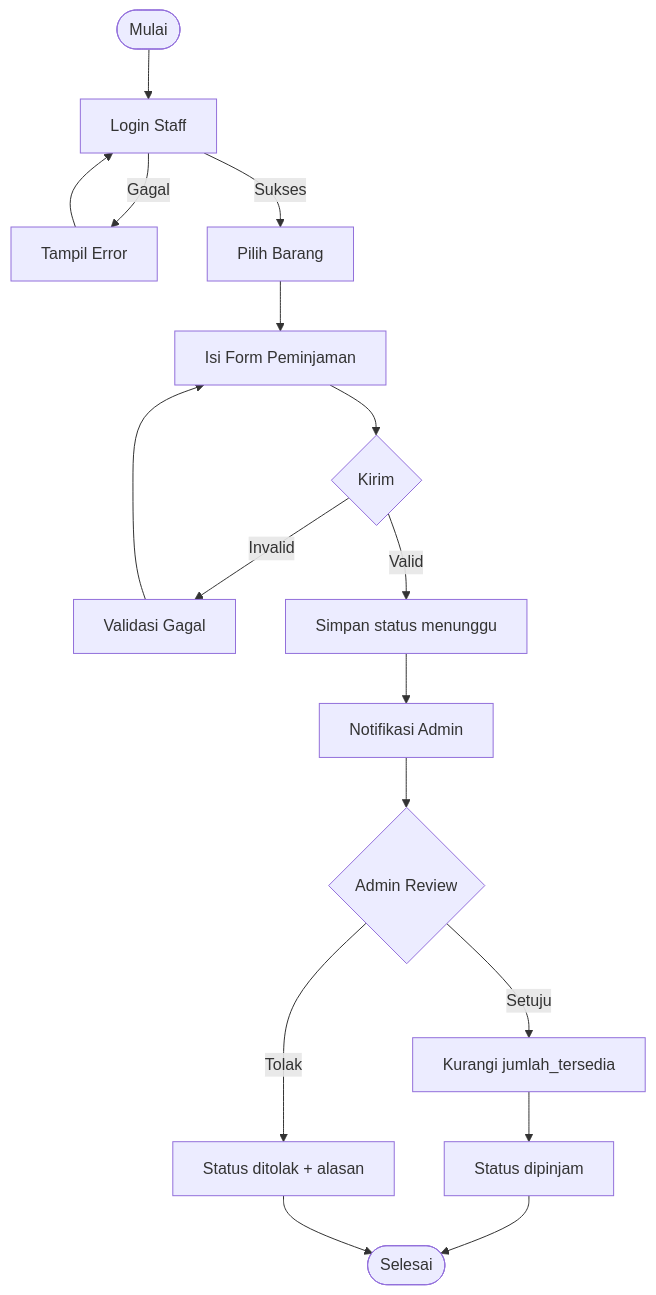
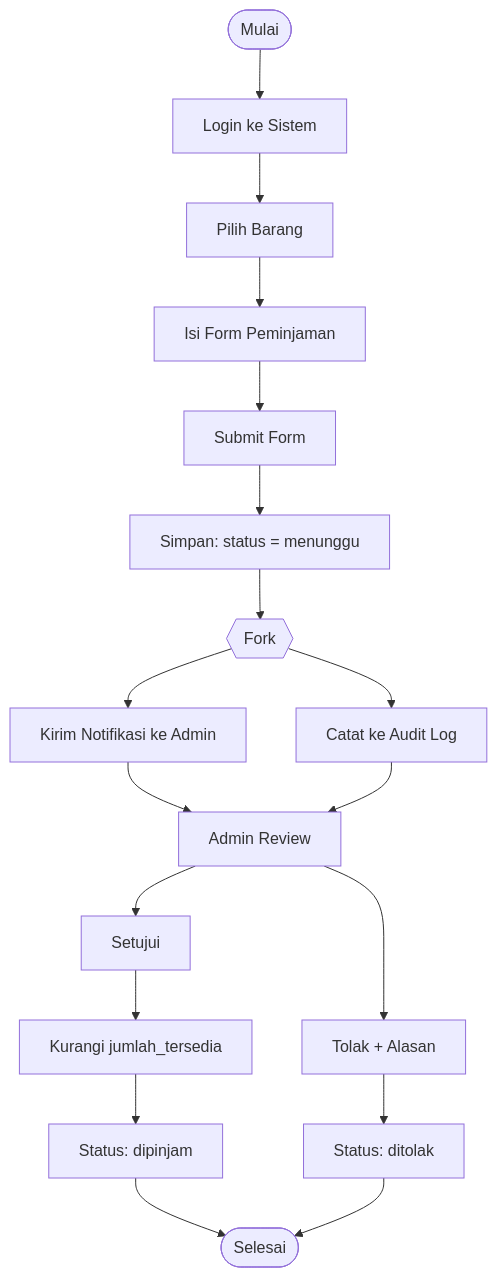
The third of 7 diagrams in docs/ERD_AND_DIAGRAMS.md (aikogansduniaakhirat/inventaris-barang), drawn with Mermaid before and after one commit. The commit also changed other lines of this file and 1 other file, not shown here.

````diff
--- a/docs/ERD_AND_DIAGRAMS.md
+++ b/docs/ERD_AND_DIAGRAMS.md
@@ -130,17 +161,20 @@
 ```mermaid
 flowchart TD
-    Start([Mulai]) --> Login[Login Staff]
-    Login -->|Gagal| LoginErr[Tampil Error] --> Login
-    Login -->|Sukses| PilihBarang[Pilih Barang]
+    Start([Mulai]) --> Login[Login ke Sistem]
+    Login --> PilihBarang[Pilih Barang]
     PilihBarang --> IsiForm[Isi Form Peminjaman]
-    IsiForm --> Submit{Kirim}
-    Submit -->|Invalid| FormErr[Validasi Gagal] --> IsiForm
-    Submit -->|Valid| Simpan[Simpan status menunggu]
-    Simpan --> NotifAdmin[Notifikasi Admin]
-    NotifAdmin --> Review{Admin Review}
-    Review -->|Tolak| StatusTolak[Status ditolak + alasan]
-    Review -->|Setuju| KurangiStok[Kurangi jumlah_tersedia]
-    KurangiStok --> StatusDipinjam[Status dipinjam]
+    IsiForm --> Kirim[Submit Form]
+    Kirim --> Simpan[Simpan: status = menunggu]
+    Simpan --> Fork{{Fork}}
+    Fork --> NotifAdmin[Kirim Notifikasi ke Admin]
+    Fork --> LogAudit[Catat ke Audit Log]
+    NotifAdmin --> Review[Admin Review]
+    LogAudit --> Review
+    Review --> Setuju[Setujui]
+    Review --> Tolak[Tolak + Alasan]
+    Setuju --> KurangiStok[Kurangi jumlah_tersedia]
+    KurangiStok --> StatusDipinjam[Status: dipinjam]
+    Tolak --> StatusTolak[Status: ditolak]
     StatusDipinjam --> Selesai([Selesai])
     StatusTolak --> Selesai
 ```
````
